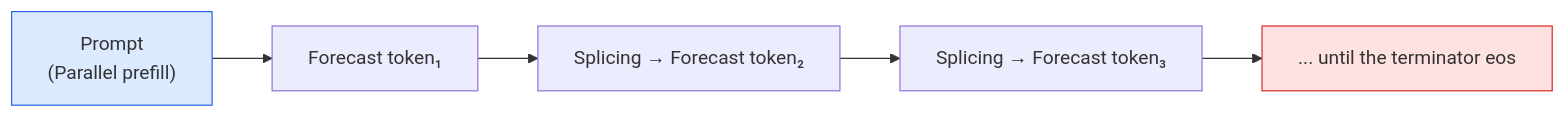
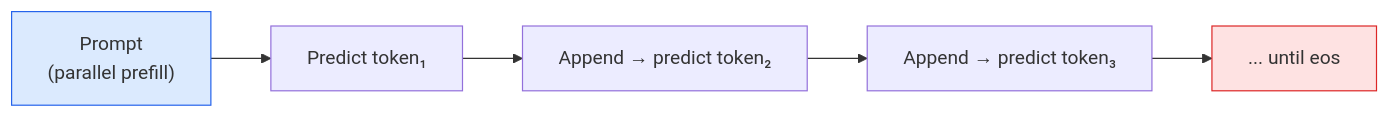
The third of 15 diagrams in _translations/en/research/VLM-Survey.md (TingdeLiu/tingdeliu.github.io), drawn with Mermaid before and after one commit. The commit also changed other lines of this file and 51 other files, not shown here.

````diff
--- a/_translations/en/research/VLM-Survey.md
+++ b/_translations/en/research/VLM-Survey.md
@@ -253,9 +253,9 @@
 ```mermaid
 flowchart LR
-    P["Prompt\n(Parallel prefill)"] --> H1["Forecast token₁"]
-    H1 --> H2["Splicing → Forecast token₂"]
-    H2 --> H3["Splicing → Forecast token₃"]
-    H3 --> D["... until the terminator eos"]
+    P["Prompt\n(parallel prefill)"] --> H1["Predict token₁"]
+    H1 --> H2["Append → predict token₂"]
+    H2 --> H3["Append → predict token₃"]
+    H3 --> D["... until eos"]
     style P fill:#dbeafe,stroke:#2563eb
     style D fill:#fee2e2,stroke:#dc2626
 ```
````
